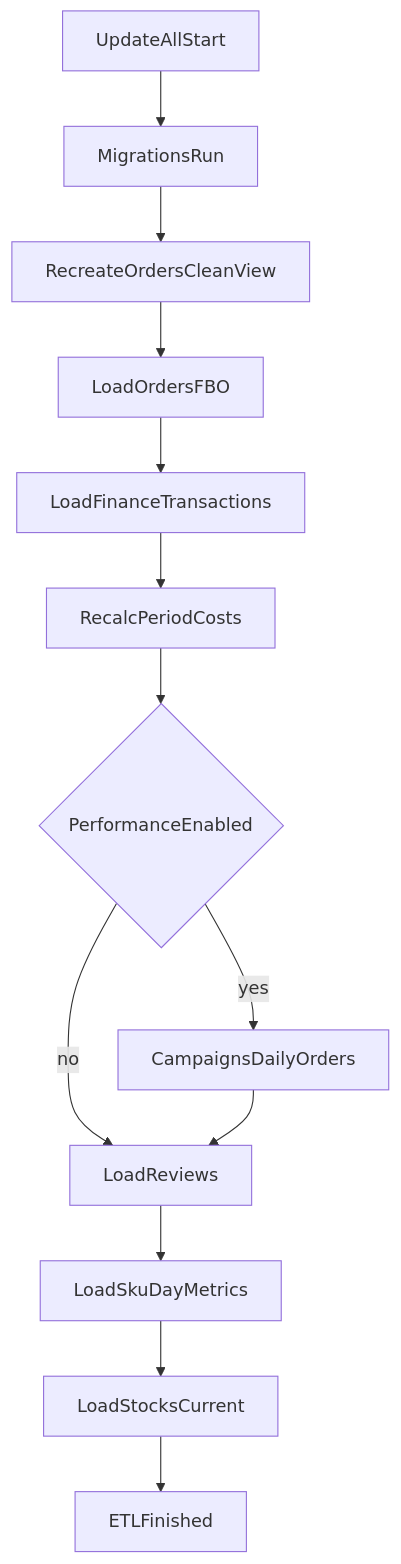
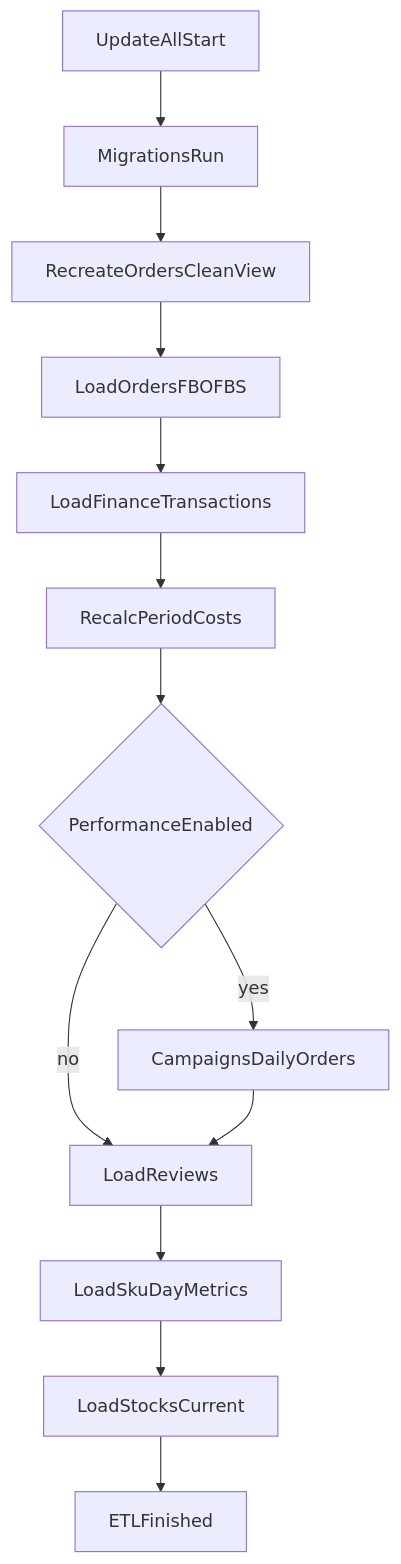
Before and after one commit to Hazen37/purr-analytics: the diagram in docs/etl-flow.md, drawn with Mermaid. The commit also changed other lines of this file and 224 other files, not shown here.

````diff
--- a/docs/etl-flow.md
+++ b/docs/etl-flow.md
@@ -19,15 +19,15 @@
 ```mermaid
 flowchart TD
     start[UpdateAllStart] --> migrations[MigrationsRun]
     migrations --> view[RecreateOrdersCleanView]
-    view --> orders[LoadOrdersFBO]
+    view --> orders[LoadOrdersFBOFBS]
     orders --> finance[LoadFinanceTransactions]
     finance --> periodCosts[RecalcPeriodCosts]
     periodCosts --> perfCheck{PerformanceEnabled}
     perfCheck -->|yes| perf[CampaignsDailyOrders]
     perfCheck -->|no| reviews[LoadReviews]
     perf --> reviews
     reviews --> analytics[LoadSkuDayMetrics]
     analytics --> stocks[LoadStocksCurrent]
     stocks --> endNode[ETLFinished]
 ```
````
